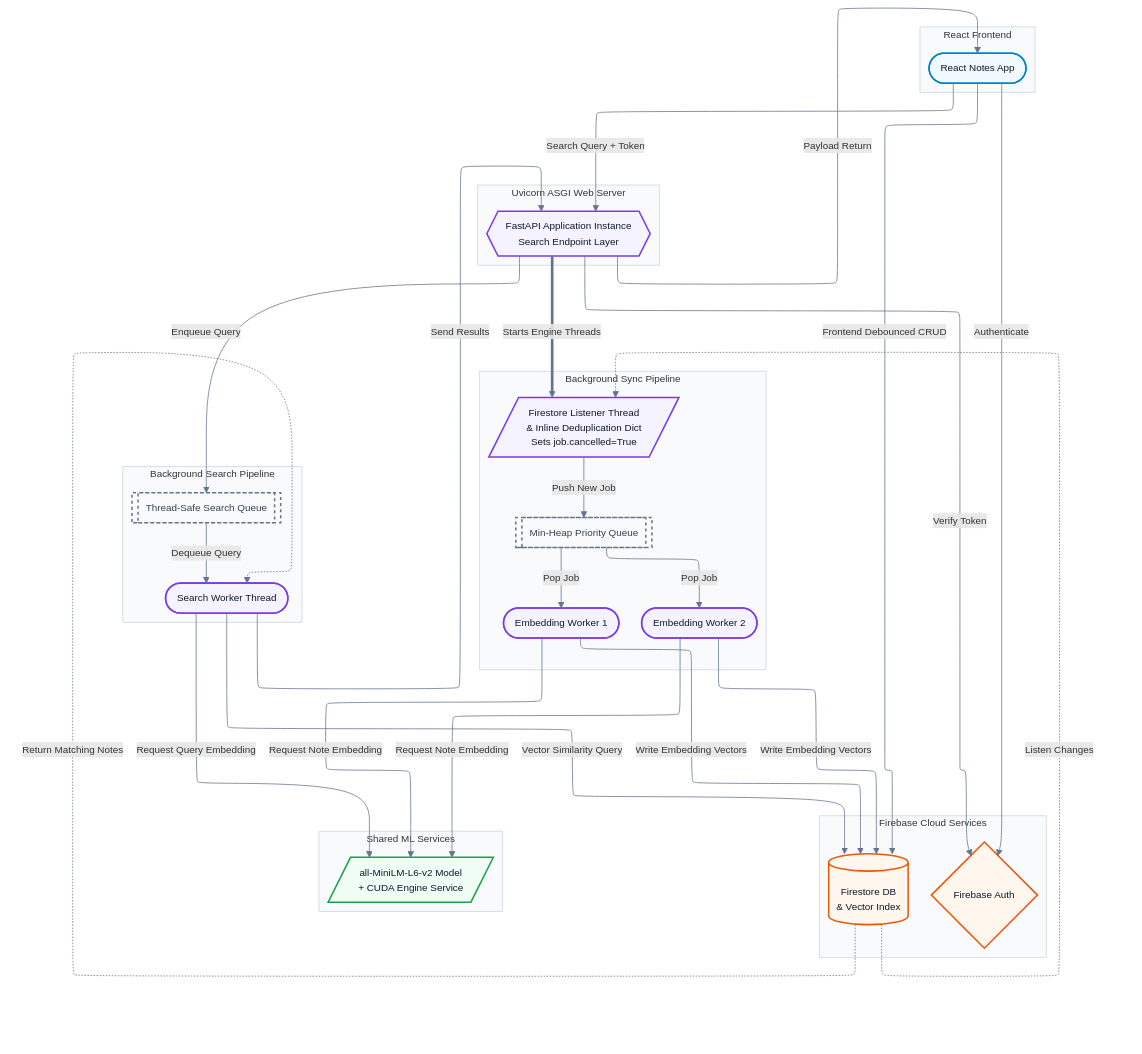
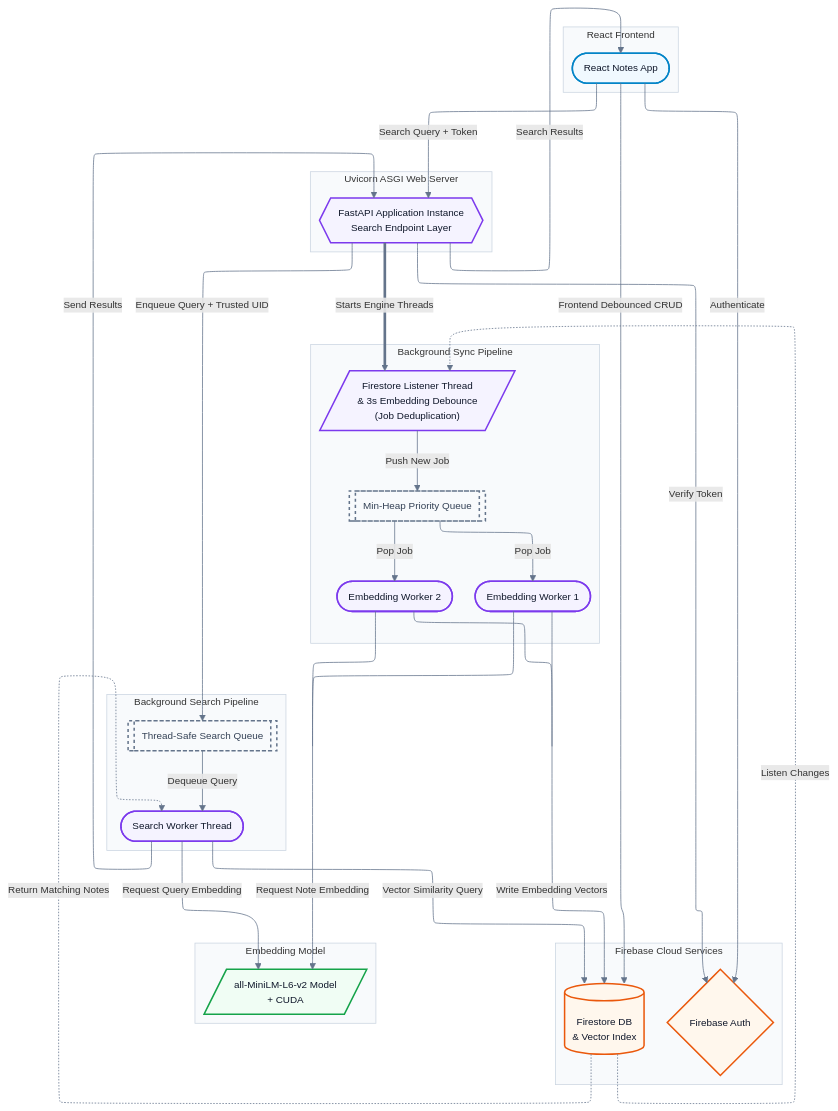
Before and after one commit to FuzeIsHere/notes-app: the diagram in assests/light.md, drawn with Mermaid. The commit also changed other lines of this file and 4 other files, not shown here.

Commit message:
docs: cleaner and accurate architecture diagrams

````diff
--- a/assests/light.md
+++ b/assests/light.md
@@ -16,34 +15,34 @@
     clusterBorder: "#cbd5e1"
 ---
 flowchart TB
- subgraph Client_Layer["React Frontend"]
+    subgraph Client_Layer["React Frontend"]
         App(["React Notes App"])
- end
- subgraph Firebase_Layer["Firebase Cloud Services"]
+    end
+
+    subgraph Firebase_Layer["Firebase Cloud Services"]
         Auth{"Firebase Auth"}
         Firestore[("Firestore DB <br> &amp; Vector Index")]
- end
- subgraph Runtime_Server["Uvicorn ASGI Web Server"]
+    end
+
+    subgraph Runtime_Server["Uvicorn ASGI Web Server"]
         API{{"FastAPI Application Instance<br>Search Endpoint Layer"}}
- end
- subgraph Sync_Engine["Background Sync Pipeline"]
-        Listener[/"Firestore Listener Thread<br>&amp; Inline Deduplication Dict<br>Sets job.cancelled=True"/]
+    end
+
+    subgraph Sync_Engine["Background Sync Pipeline"]
+        Listener[/"Firestore Listener Thread<br>&amp; 3s Embedding Debounce<br>(Job Deduplication) "/]
         PQueue[["Min-Heap Priority Queue"]]
         Worker1(["Embedding Worker 1"])
         Worker2(["Embedding Worker 2"])
- end
- subgraph Search_Engine["Background Search Pipeline"]
+    end
+
+    subgraph Search_Engine["Background Search Pipeline"]
         SQueue[["Thread-Safe Search Queue"]]
         SearchWorker(["Search Worker Thread"])
- end
- subgraph Compute_Services["Shared ML Services"]
-        ModelService[/"all-MiniLM-L6-v2 Model<br>+ CUDA Engine Service"/]
- end
+    end
 
-    Client_Layer ~~~ RightRail[" "]
-    Runtime_Server ~~~ RightRail
-    Search_Engine ~~~ RightRail
-    Compute_Services ~~~ RightRail
+    subgraph Compute_Services["Embedding Model"]
+        ModelService[/"all-MiniLM-L6-v2 Model<br>+ CUDA"/]
+    end
 
     API == Starts Engine Threads ==> Listener
     App -- Authenticate --> Auth
@@ -51,19 +50,25 @@
     Firestore -. Listen Changes .-> Listener
     Listener -- Push New Job --> PQueue
     PQueue -- Pop Job --> Worker1 & Worker2
-    Worker1 -- Request Note Embedding --> ModelService
-    Worker2 -- Request Note Embedding --> ModelService
-    Worker1 -- Write Embedding Vectors --> Firestore
-    Worker2 -- Write Embedding Vectors --> Firestore
+
+    %% Seamless Line Merging Layout Layout 
+    Worker1 --- J1
+    Worker2 --- J1
+    J1 -- Request Note Embedding --> ModelService
+
+    Worker1 --- J2
+    Worker2 --- J2
+    J2 -- Write Embedding Vectors --> Firestore
+
     App -- Search Query + Token --> API
     API -- Verify Token --> Auth
-    API -- Enqueue Query --> SQueue
+    API -- Enqueue Query + Trusted UID --> SQueue
     SQueue -- Dequeue Query --> SearchWorker
     SearchWorker -- Request Query Embedding --> ModelService
     SearchWorker -- Vector Similarity Query --> Firestore
     Firestore -. Return Matching Notes .-> SearchWorker
     SearchWorker -- Send Results --> API
-    API -- Payload Return --> App
+    API -- Search Results --> App
 
     App:::client
     Auth:::firebase
@@ -78,6 +83,10 @@
     ModelService:::service
     RightRail:::hiddenAnchor
 
+    %% Declared as pure empty containers to wipe out the junction circles
+    J1[" "]:::invisibleMerge
+    J2[" "]:::invisibleMerge
+
     classDef default fill:#ffffff,stroke:#cbd5e1,color:#0f172a
     classDef client fill:#f0f9ff,stroke:#0284c7,stroke-width:2px,color:#0f172a
     classDef firebase fill:#fff7ed,stroke:#ea580c,stroke-width:2px,color:#0f172a
@@ -86,4 +95,7 @@
     classDef service fill:#f0fdf4,stroke:#16a34a,stroke-width:2px,color:#0f172a
     classDef hiddenAnchor fill:none,stroke:none,color:#00000000
 
+    %% Strict Zero-Asset Configuration to force a single shared line trace
+    classDef invisibleMerge display:none,visibility:hidden,opacity:0,fill:none,stroke:none,stroke-width:0px,width:0px,height:0px,padding:0px,margin:0px;
+
 ```
````
